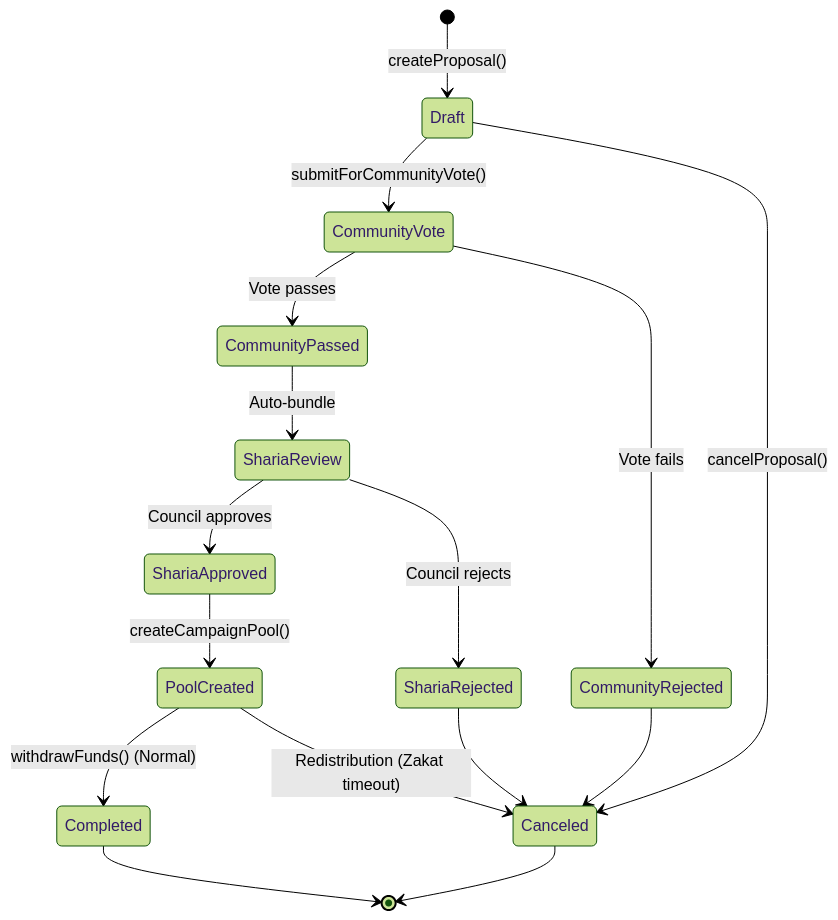
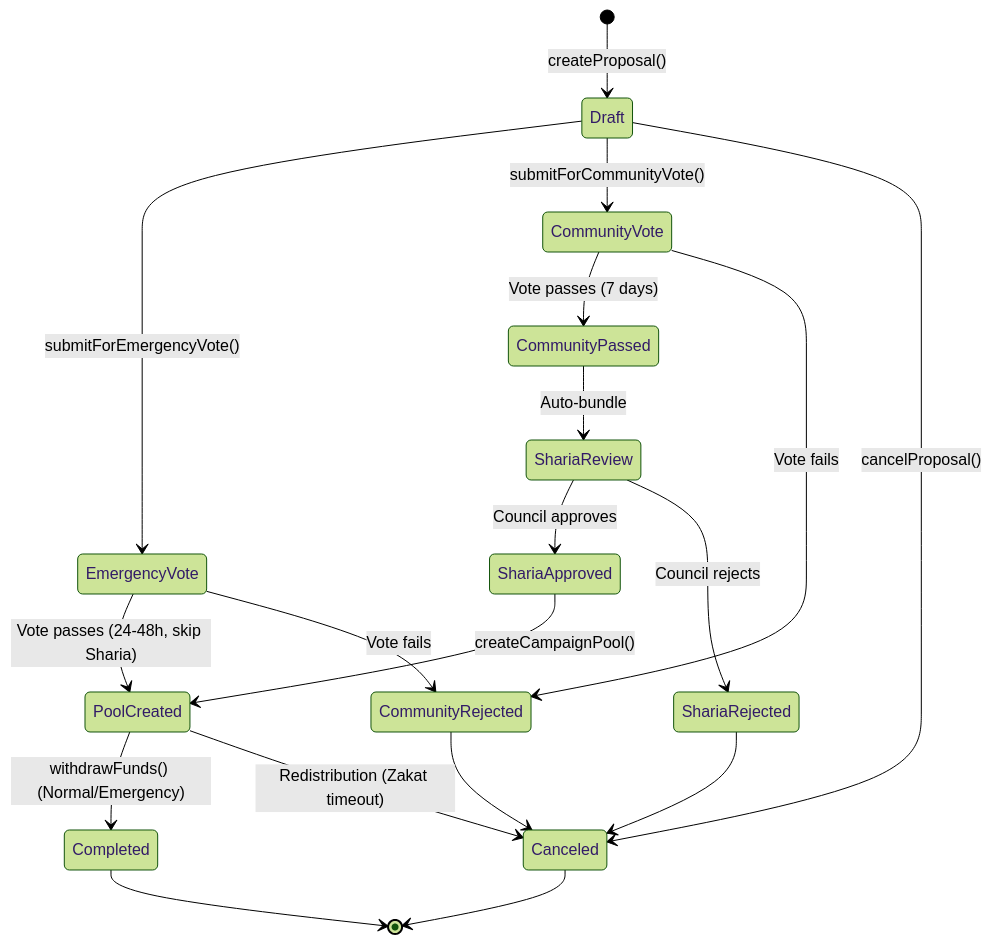
Before and after one commit to tawf-labs/zkt-hackathon: the second of 6 diagrams in sc/smartcontract.md, drawn with Mermaid (forest theme). The commit also changed other lines of this file, not shown here.

````diff
--- a/sc/smartcontract.md
+++ b/sc/smartcontract.md
@@ -450,22 +623,26 @@
 ```mermaid
 stateDiagram-v2
     [*] --> Draft: createProposal()
+    Draft --> EmergencyVote: submitForEmergencyVote()
     Draft --> CommunityVote: submitForCommunityVote()
     Draft --> Canceled: cancelProposal()
 
-    CommunityVote --> CommunityPassed: Vote passes
+    EmergencyVote --> PoolCreated: Vote passes (24-48h, skip Sharia)
+    EmergencyVote --> CommunityRejected: Vote fails
+
+    CommunityVote --> CommunityPassed: Vote passes (7 days)
     CommunityVote --> CommunityRejected: Vote fails
     CommunityRejected --> Canceled
 
     CommunityPassed --> ShariaReview: Auto-bundle
     ShariaReview --> ShariaApproved: Council approves
     ShariaReview --> ShariaRejected: Council rejects
     ShariaRejected --> Canceled
 
     ShariaApproved --> PoolCreated: createCampaignPool()
-    PoolCreated --> Completed: withdrawFunds() (Normal)
+    PoolCreated --> Completed: withdrawFunds() (Normal/Emergency)
     PoolCreated --> Canceled: Redistribution (Zakat timeout)
 
     Completed --> [*]
     Canceled --> [*]
 ```
````
